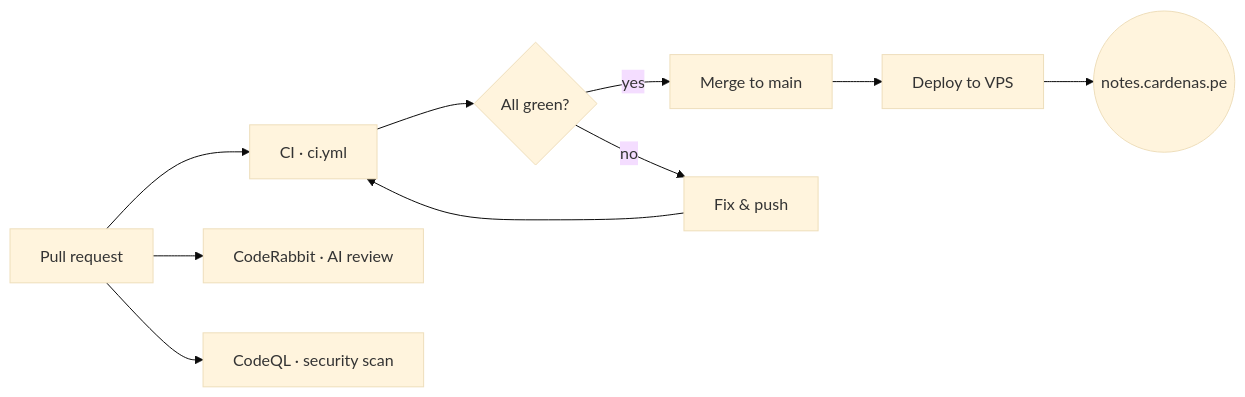
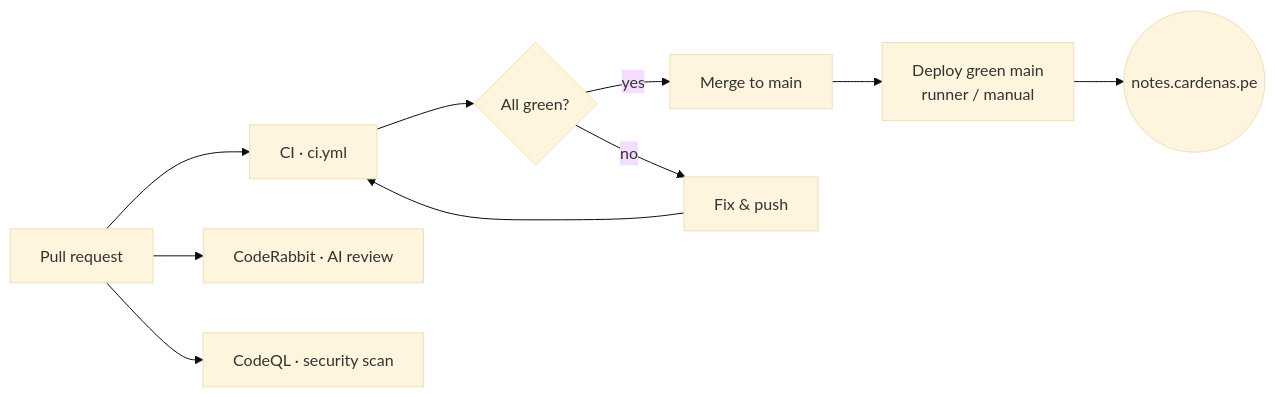
Before and after one commit to unimauro/turbo-notes: the fourth of 4 diagrams in docs/TECHNICAL-OVERVIEW.md, drawn with Mermaid (base theme). The commit also changed other lines of this file and 3 other files, not shown here.

````diff
--- a/docs/TECHNICAL-OVERVIEW.md
+++ b/docs/TECHNICAL-OVERVIEW.md
@@ -104,11 +104,11 @@
 ```mermaid
 flowchart LR
     PR["Pull request"] --> CI["CI · ci.yml"]
     PR --> CR["CodeRabbit · AI review"]
     PR --> QL["CodeQL · security scan"]
     CI --> GATE{"All green?"}
     GATE -->|yes| MERGE["Merge to main"]
     GATE -->|no| FIX["Fix & push"] --> CI
-    MERGE --> DEP["Deploy to VPS"]
+    MERGE --> DEP["Deploy green main<br/>runner / manual"]
     DEP --> LIVE(("notes.cardenas.pe"))
 ```
````
